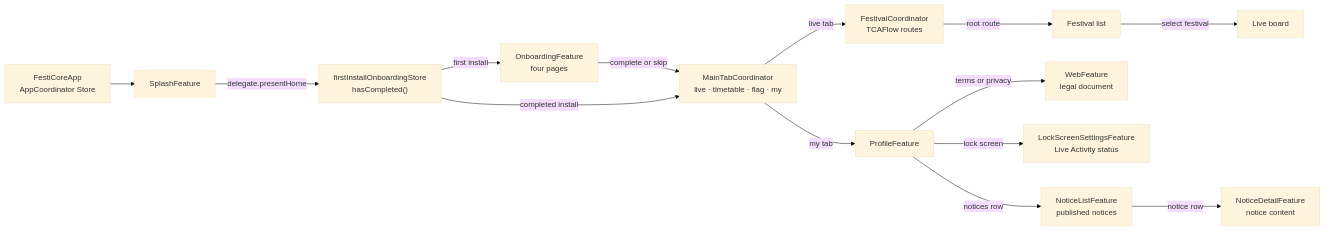
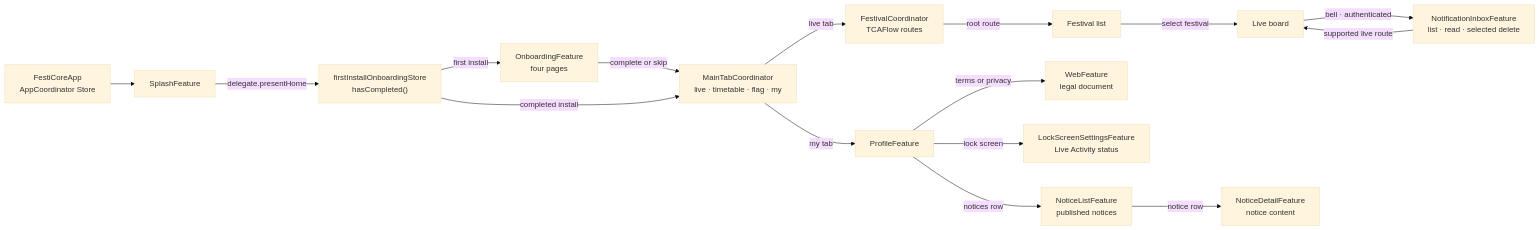
One commit to FESTICORE/FestiCore-iOS changed the diagram in docs/architecture/tca-flow.mmd. Above: the diagram before and after it, drawn with Mermaid (base theme). The commit also changed 49 other files, not shown here.

```diff
--- a/docs/architecture/tca-flow.mmd
+++ b/docs/architecture/tca-flow.mmd
@@ -1,28 +1,31 @@
 flowchart LR
   App["FestiCoreApp<br/>AppCoordinator Store"]
   Splash["SplashFeature"]
   Install["firstInstallOnboardingStore<br/>hasCompleted()"]
   Onboarding["OnboardingFeature<br/>four pages"]
   Tabs["MainTabCoordinator<br/>live · timetable · flag · my"]
   Festival["FestivalCoordinator<br/>TCAFlow routes"]
   FestivalList["Festival list"]
   LiveBoard["Live board"]
+  Inbox["NotificationInboxFeature<br/>list · read · selected delete"]
   Profile["ProfileFeature"]
   Web["WebFeature<br/>legal document"]
   LockScreen["LockScreenSettingsFeature<br/>Live Activity status"]
   NoticeList["NoticeListFeature<br/>published notices"]
   NoticeDetail["NoticeDetailFeature<br/>notice content"]
 
   App --> Splash
   Splash -->|delegate.presentHome| Install
   Install -->|first install| Onboarding
   Onboarding -->|complete or skip| Tabs
   Install -->|completed install| Tabs
   Tabs -->|live tab| Festival
   Festival -->|root route| FestivalList
   FestivalList -->|select festival| LiveBoard
+  LiveBoard -->|bell · authenticated| Inbox
+  Inbox -->|supported live route| LiveBoard
   Tabs -->|my tab| Profile
   Profile -->|terms or privacy| Web
   Profile -->|lock screen| LockScreen
   Profile -->|notices row| NoticeList
   NoticeList -->|notice row| NoticeDetail
```
